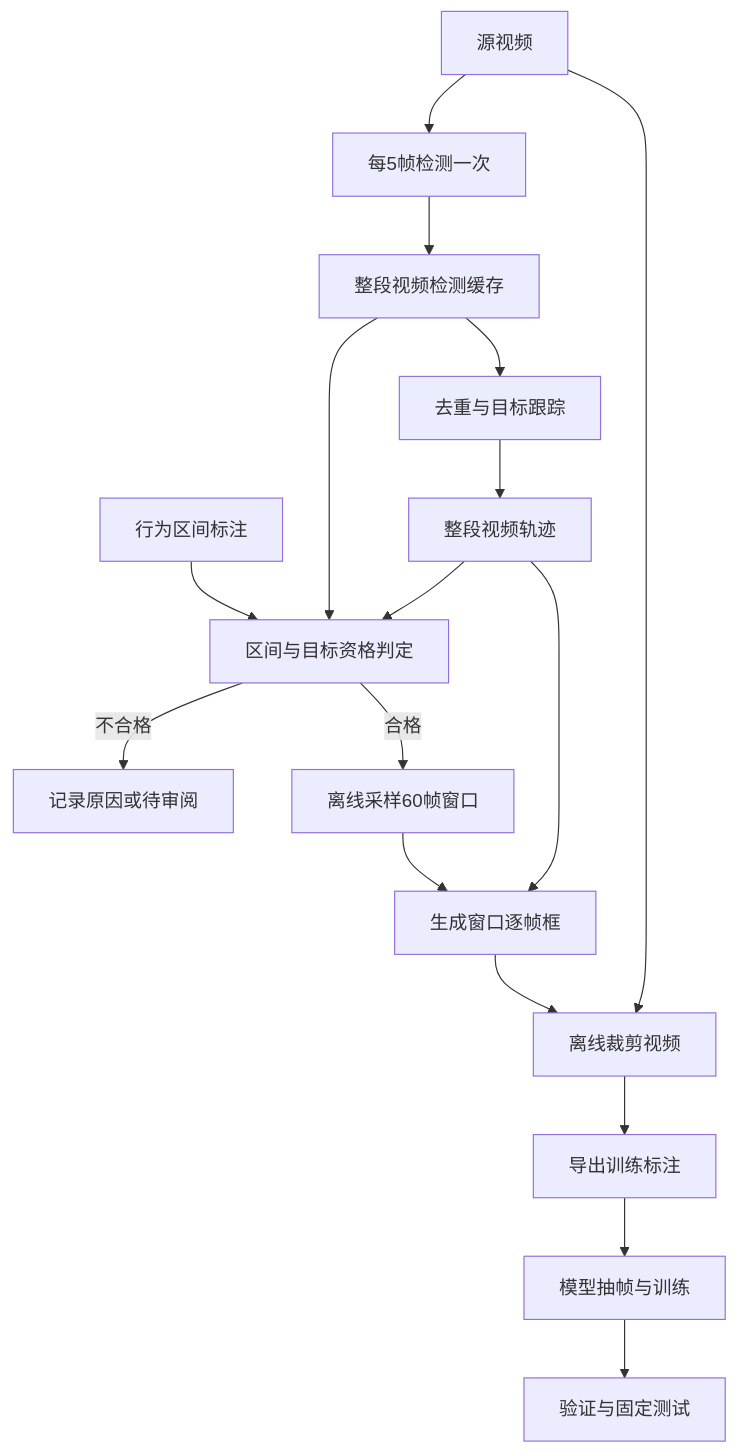
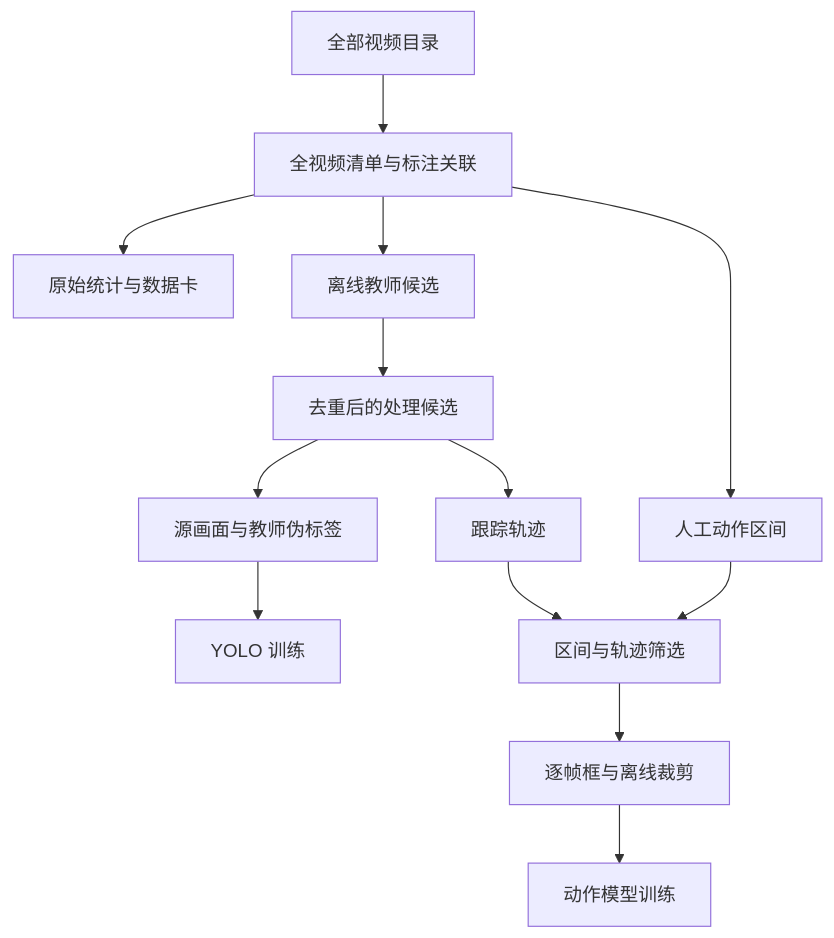
The diagram in openspec/changes/cat-pipeline-consolidation/design.md (gongshangzheng/pet-action-recognition), drawn with Mermaid before and after one commit. The commit also changed other lines of this file and 2 other files, not shown here.

````diff
--- a/openspec/changes/cat-pipeline-consolidation/design.md
+++ b/openspec/changes/cat-pipeline-consolidation/design.md
@@ -28,19 +11,15 @@
 ```mermaid
 flowchart TD
-    V[源视频] --> D[每5帧检测一次]
-    D --> C[整段视频检测缓存]
-    C --> T[去重与目标跟踪]
-    T --> R[整段视频轨迹]
-    A[行为区间标注] --> S[区间与目标资格判定]
-    C --> S
-    R --> S
-    S -->|不合格| X[记录原因或待审阅]
-    S -->|合格| W[离线采样60帧窗口]
-    W --> B[生成窗口逐帧框]
-    R --> B
-    B --> O[离线裁剪视频]
-    V --> O
-    O --> I[导出训练标注]
-    I --> M[模型抽帧与训练]
-    M --> E[验证与固定测试]
+    V[全部视频目录] --> I[全视频清单与标注关联]
+    I --> S[原始统计与数据卡]
+    I --> D[离线教师候选]
+    D --> P[去重后的处理候选]
+    P --> Y[源画面与教师伪标签]
+    Y --> YM[YOLO 训练]
+    P --> T[跟踪轨迹]
+    I --> A[人工动作区间]
+    T --> W[区间与轨迹筛选]
+    A --> W
+    W --> C[逐帧框与离线裁剪]
+    C --> AM[动作模型训练]
 ```
````
